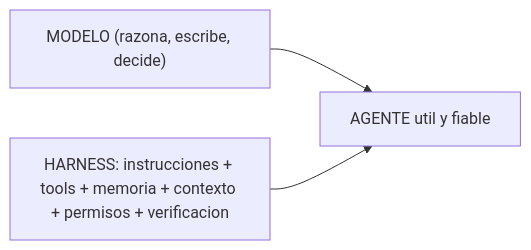
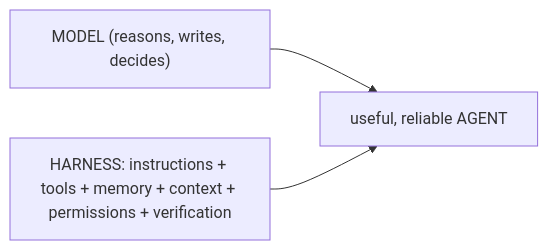
One commit to grojof/ai-workspace-generator changed the diagram in docs/project/harness-engineering.md. Above: the diagram before and after it, drawn with Mermaid. The commit also changed other lines of this file and 16 other files, not shown here.

````diff
--- a/docs/project/harness-engineering.md
+++ b/docs/project/harness-engineering.md
@@ -18,5 +17,5 @@
 ```mermaid
 flowchart LR
-  M["MODELO (razona, escribe, decide)"] --> AG["AGENTE util y fiable"]
-  H["HARNESS: instrucciones + tools + memoria + contexto + permisos + verificacion"] --> AG
+  M["MODEL (reasons, writes, decides)"] --> AG["useful, reliable AGENT"]
+  H["HARNESS: instructions + tools + memory + context + permissions + verification"] --> AG
 ```
````
